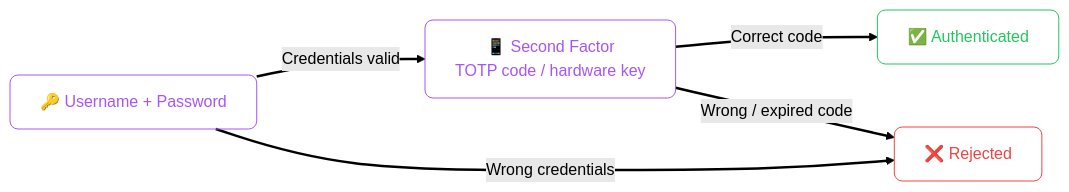
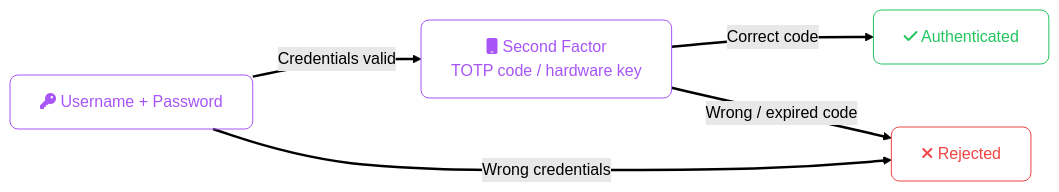
The fifth of 6 diagrams in src/content/cloud/common/iam-concepts.mdx (zafarale/cloudification), drawn with Mermaid (forest theme) before and after one commit. The commit also changed other lines of this file and 84 other files, not shown here.

````diff
--- a/src/content/cloud/common/iam-concepts.mdx
+++ b/src/content/cloud/common/iam-concepts.mdx
@@ -245,17 +256,19 @@
 ```mermaid
 flowchart LR
+    accTitle: Multi-Factor Authentication (MFA)
+    accDescr: Flowchart (lr) showing Username Password, Second Factor TOTP code / hardware key, Authenticated
     classDef step fill:none,stroke:#a855f7,color:#a855f7,rx:8,ry:8
     classDef ok   fill:none,stroke:#22c55e,color:#22c55e,rx:8,ry:8
     classDef fail fill:none,stroke:#ef4444,color:#ef4444,rx:8,ry:8
     linkStyle default stroke-width:2.5px
 
-    Login["🔑 Username + Password"]:::step
-    MFA["📱 Second Factor<br/>TOTP code / hardware key"]:::step
-    Access["✅ Authenticated"]:::ok
-    Fail["❌ Rejected"]:::fail
+    Login["fa:fa-key Username + Password"]:::step
+    MFA["fa:fa-mobile Second Factor<br/>TOTP code / hardware key"]:::step
+    Access["fa:fa-check Authenticated"]:::ok
+    Fail["fa:fa-xmark Rejected"]:::fail
 
     Login -->|"Credentials valid"| MFA
     Login -->|"Wrong credentials"| Fail
     MFA -->|"Correct code"| Access
     MFA -->|"Wrong / expired code"| Fail
 ```
````
